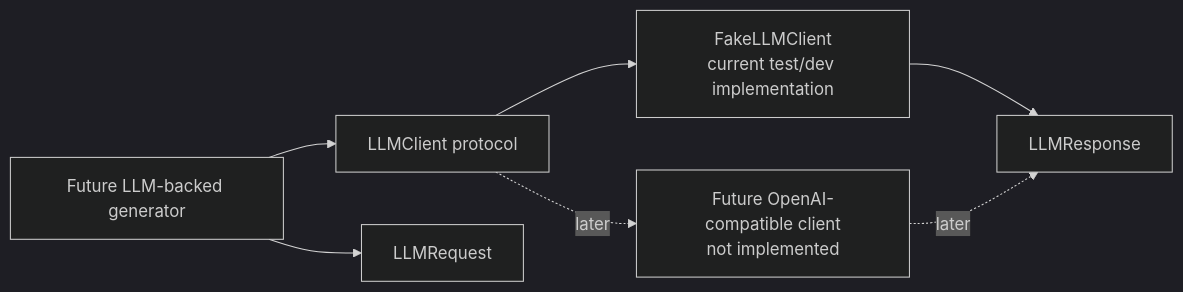
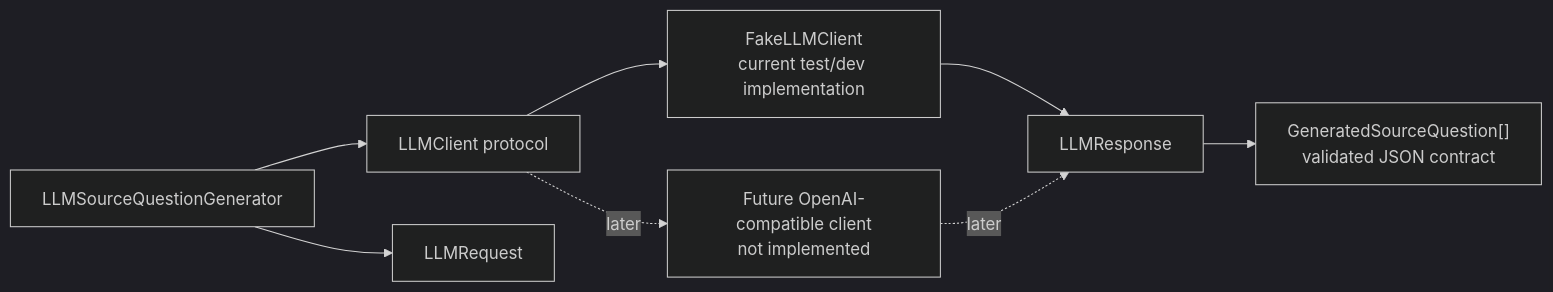
The sixth of 7 diagrams in docs/diagrams.md (rsauers0/career-agent), drawn with Mermaid (dark theme) before and after one commit. The commit also changed 7 other files, not shown here.

First line of the commit message:
Add LLM source question generator

````diff
--- a/docs/diagrams.md
+++ b/docs/diagrams.md
@@ -124,16 +124,18 @@
 ```mermaid
 flowchart LR
-    WorkflowGenerator["Future LLM-backed generator"]
+    WorkflowGenerator["LLMSourceQuestionGenerator"]
     LLMClient["LLMClient protocol"]
     FakeClient["FakeLLMClient<br/>current test/dev implementation"]
     FutureClient["Future OpenAI-compatible client<br/>not implemented"]
     Request["LLMRequest"]
     Response["LLMResponse"]
+    Contract["GeneratedSourceQuestion[]<br/>validated JSON contract"]
 
     WorkflowGenerator --> Request
     WorkflowGenerator --> LLMClient
     LLMClient --> FakeClient
     LLMClient -. "later" .-> FutureClient
     FakeClient --> Response
     FutureClient -. "later" .-> Response
+    Response --> Contract
 ```
````
